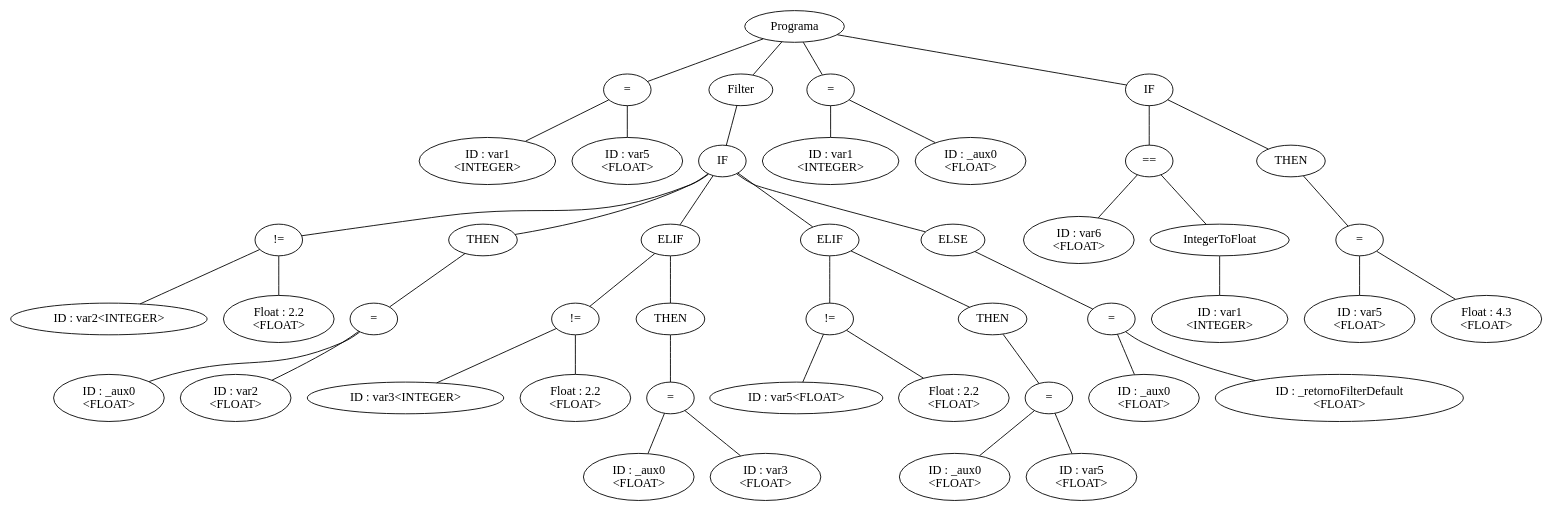
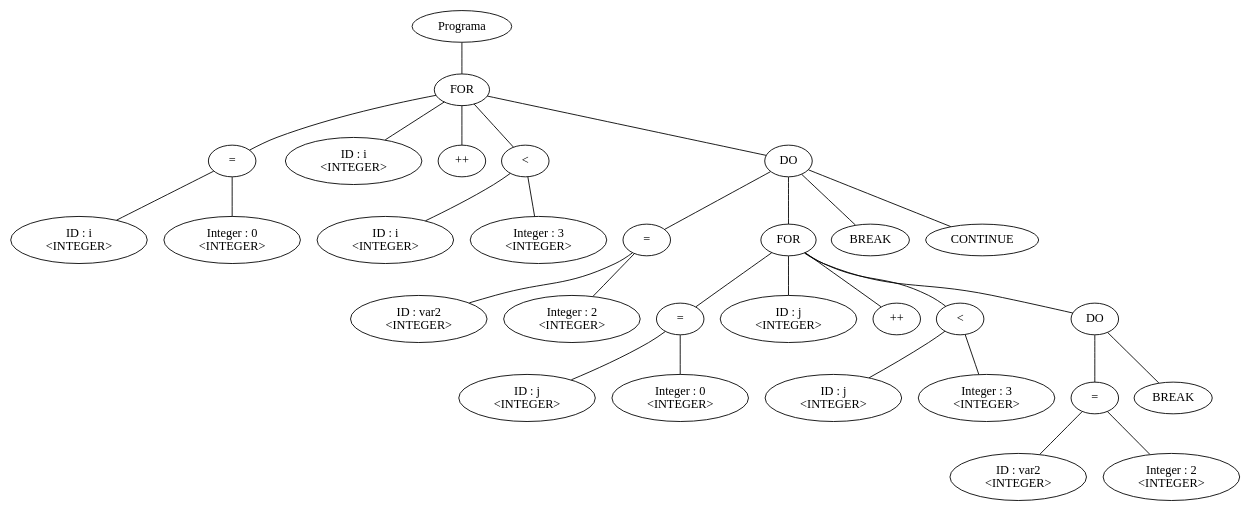
Before and after one commit to leandroprios/compilador: the diagram in arbol.dot, drawn with Graphviz. The commit also changed 7 other files, not shown here.

```diff
--- a/arbol.dot
+++ b/arbol.dot
@@ -1,90 +1,60 @@
-graph G {nodo_1964194068[label="Programa"]
-nodo_109623498[label="="]
-nodo_1964194068--nodo_109623498
-nodo_1881682100[label="ID : var1\n<INTEGER>"]
-nodo_109623498--nodo_1881682100
-nodo_1761928151[label="ID : var5\n<FLOAT>"]
-nodo_109623498--nodo_1761928151
-nodo_95661178[label="Filter"]
-nodo_1964194068--nodo_95661178
-nodo_1178471150[label="IF"]
-nodo_95661178--nodo_1178471150
-nodo_2007117581[label="!="]
-nodo_1178471150--nodo_2007117581
-nodo_972451957[label="ID : var2<INTEGER>"]
-nodo_2007117581--nodo_972451957
-nodo_566152013[label="Float : 2.2\n<FLOAT>"]
-nodo_2007117581--nodo_566152013
-nodo_1178471150--nodo_448321618
-nodo_448321618[label="THEN"]
-nodo_400678126[label="="]
-nodo_448321618--nodo_400678126
-nodo_1910326104[label="ID : _aux0\n<FLOAT>"]
-nodo_400678126--nodo_1910326104
-nodo_2074276046[label="ID : var2\n<FLOAT>"]
-nodo_400678126--nodo_2074276046
-nodo_747743316[label="ELIF"]
-nodo_1178471150--nodo_747743316
-nodo_898500484[label="!="]
-nodo_747743316--nodo_898500484
-nodo_777143790[label="ID : var3<INTEGER>"]
-nodo_898500484--nodo_777143790
-nodo_1117447274[label="Float : 2.2\n<FLOAT>"]
-nodo_898500484--nodo_1117447274
-nodo_747743316--nodo_98517171
-nodo_98517171[label="THEN"]
-nodo_1676158821[label="="]
-nodo_98517171--nodo_1676158821
-nodo_639614651[label="ID : _aux0\n<FLOAT>"]
-nodo_1676158821--nodo_639614651
-nodo_450818723[label="ID : var3\n<FLOAT>"]
-nodo_1676158821--nodo_450818723
-nodo_259189798[label="ELIF"]
-nodo_1178471150--nodo_259189798
-nodo_763568546[label="!="]
-nodo_259189798--nodo_763568546
-nodo_1991424207[label="ID : var5<FLOAT>"]
-nodo_763568546--nodo_1991424207
-nodo_462690128[label="Float : 2.2\n<FLOAT>"]
-nodo_763568546--nodo_462690128
-nodo_259189798--nodo_232128935
-nodo_232128935[label="THEN"]
-nodo_60808152[label="="]
-nodo_232128935--nodo_60808152
-nodo_933585976[label="ID : _aux0\n<FLOAT>"]
-nodo_60808152--nodo_933585976
-nodo_1412613827[label="ID : var5\n<FLOAT>"]
-nodo_60808152--nodo_1412613827
-nodo_1178471150--nodo_328007723
-nodo_328007723[label="ELSE"]
-nodo_1873245570[label="="]
-nodo_328007723--nodo_1873245570
-nodo_303772341[label="ID : _aux0\n<FLOAT>"]
-nodo_1873245570--nodo_303772341
-nodo_235081834[label="ID : _retornoFilterDefault\n<FLOAT>"]
-nodo_1873245570--nodo_235081834
-nodo_1288035255[label="="]
-nodo_1964194068--nodo_1288035255
-nodo_404405448[label="ID : var1\n<INTEGER>"]
-nodo_1288035255--nodo_404405448
-nodo_1398782948[label="ID : _aux0\n<FLOAT>"]
-nodo_1288035255--nodo_1398782948
-nodo_1162441125[label="IF"]
-nodo_1964194068--nodo_1162441125
-nodo_657658584[label="=="]
-nodo_1162441125--nodo_657658584
-nodo_1786906122[label="ID : var6\n<FLOAT>"]
-nodo_657658584--nodo_1786906122
-nodo_1152122917[label="IntegerToFloat"]
-nodo_657658584--nodo_1152122917
-nodo_1256625484[label="ID : var1\n<INTEGER>"]
-nodo_1152122917--nodo_1256625484
-nodo_1162441125--nodo_842917201
-nodo_842917201[label="THEN"]
-nodo_1971125018[label="="]
-nodo_842917201--nodo_1971125018
-nodo_255066601[label="ID : var5\n<FLOAT>"]
-nodo_1971125018--nodo_255066601
-nodo_733840642[label="Float : 4.3\n<FLOAT>"]
-nodo_1971125018--nodo_733840642
+graph G {nodo_1371013834[label="Programa"]
+nodo_817111109[label="FOR"]
+nodo_1371013834--nodo_817111109
+nodo_246209899[label="="]
+nodo_817111109--nodo_246209899
+nodo_701992283[label="ID : i\n<INTEGER>"]
+nodo_246209899--nodo_701992283
+nodo_954754297[label="Integer : 0\n<INTEGER>"]
+nodo_246209899--nodo_954754297
+nodo_817111109--nodo_1105201790
+nodo_1105201790[label="ID : i\n<INTEGER>"]
+nodo_817111109--nodo_701488553
+nodo_701488553[label="++"]
+nodo_1414068812[label="<"]
+nodo_817111109--nodo_1414068812
+nodo_805077904[label="ID : i\n<INTEGER>"]
+nodo_1414068812--nodo_805077904
+nodo_2013864275[label="Integer : 3\n<INTEGER>"]
+nodo_1414068812--nodo_2013864275
+nodo_817111109--nodo_750493364
+nodo_750493364[label="DO"]
+nodo_964388822[label="="]
+nodo_750493364--nodo_964388822
+nodo_712142895[label="ID : var2\n<INTEGER>"]
+nodo_964388822--nodo_712142895
+nodo_1641649906[label="Integer : 2\n<INTEGER>"]
+nodo_964388822--nodo_1641649906
+nodo_1357586467[label="FOR"]
+nodo_750493364--nodo_1357586467
+nodo_852277311[label="="]
+nodo_1357586467--nodo_852277311
+nodo_193348929[label="ID : j\n<INTEGER>"]
+nodo_852277311--nodo_193348929
+nodo_642071749[label="Integer : 0\n<INTEGER>"]
+nodo_852277311--nodo_642071749
+nodo_1357586467--nodo_2029822621
+nodo_2029822621[label="ID : j\n<INTEGER>"]
+nodo_1357586467--nodo_799468054
+nodo_799468054[label="++"]
+nodo_1105808526[label="<"]
+nodo_1357586467--nodo_1105808526
+nodo_1313203042[label="ID : j\n<INTEGER>"]
+nodo_1105808526--nodo_1313203042
+nodo_1454069478[label="Integer : 3\n<INTEGER>"]
+nodo_1105808526--nodo_1454069478
+nodo_1357586467--nodo_832478326
+nodo_832478326[label="DO"]
+nodo_1272901348[label="="]
+nodo_832478326--nodo_1272901348
+nodo_1087919661[label="ID : var2\n<INTEGER>"]
+nodo_1272901348--nodo_1087919661
+nodo_560456615[label="Integer : 2\n<INTEGER>"]
+nodo_1272901348--nodo_560456615
+nodo_771202315[label="BREAK"]
+nodo_832478326--nodo_771202315
+nodo_300085151[label="BREAK"]
+nodo_750493364--nodo_300085151
+nodo_327793328[label="CONTINUE"]
+nodo_750493364--nodo_327793328
 }
```
